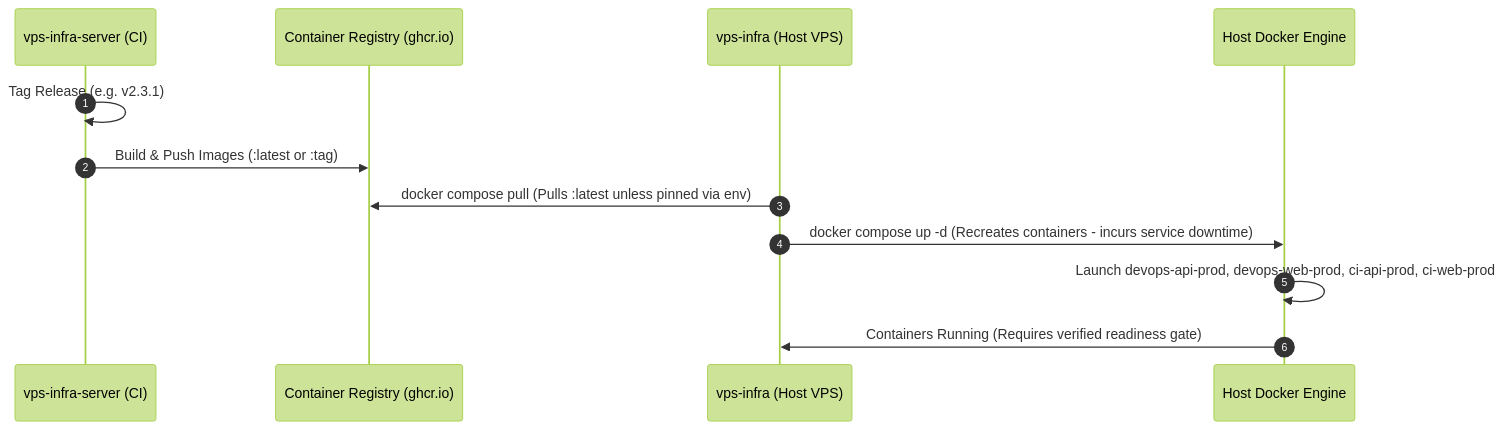
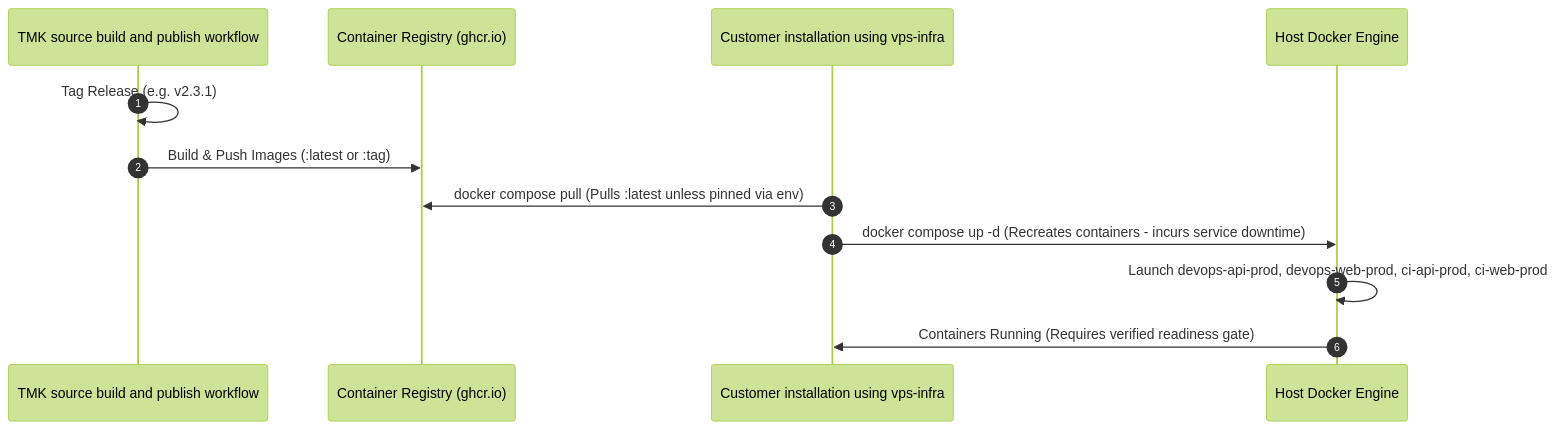
The diagram in docs/v2/02-architecture/SERVER_INTEGRATION.md (tmk-computers/vps-infra), drawn with Mermaid (forest theme) before and after one commit. The commit also changed other lines of this file and 12 other files, not shown here.

Commit message:
docs: clarify customer-hosted platform architecture and deployment limits

````diff
--- a/docs/v2/02-architecture/SERVER_INTEGRATION.md
+++ b/docs/v2/02-architecture/SERVER_INTEGRATION.md
@@ -18,15 +20,15 @@
 ```mermaid
 sequenceDiagram
     autonumber
-    participant ServerRepo as vps-infra-server (CI)
+    participant ServerRepo as TMK source build and publish workflow
     participant Registry as Container Registry (ghcr.io)
-    participant HostInfra as vps-infra (Host VPS)
+    participant HostInfra as Customer installation using vps-infra
     participant Docker as Host Docker Engine
 
     ServerRepo->>ServerRepo: Tag Release (e.g. v2.3.1)
     ServerRepo->>Registry: Build & Push Images (:latest or :tag)
     HostInfra->>Registry: docker compose pull (Pulls :latest unless pinned via env)
     HostInfra->>Docker: docker compose up -d (Recreates containers - incurs service downtime)
     Docker->>Docker: Launch devops-api-prod, devops-web-prod, ci-api-prod, ci-web-prod
     Docker->>HostInfra: Containers Running (Requires verified readiness gate)
 ```
````
